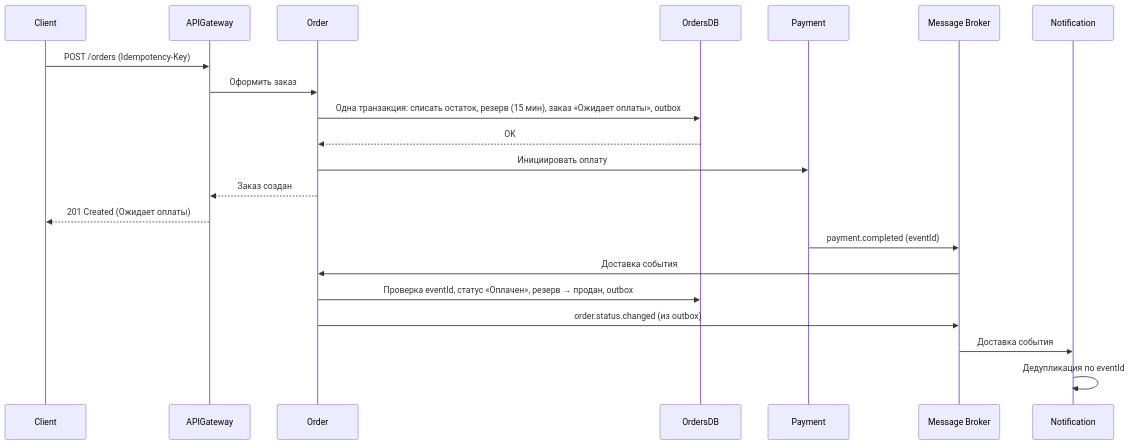
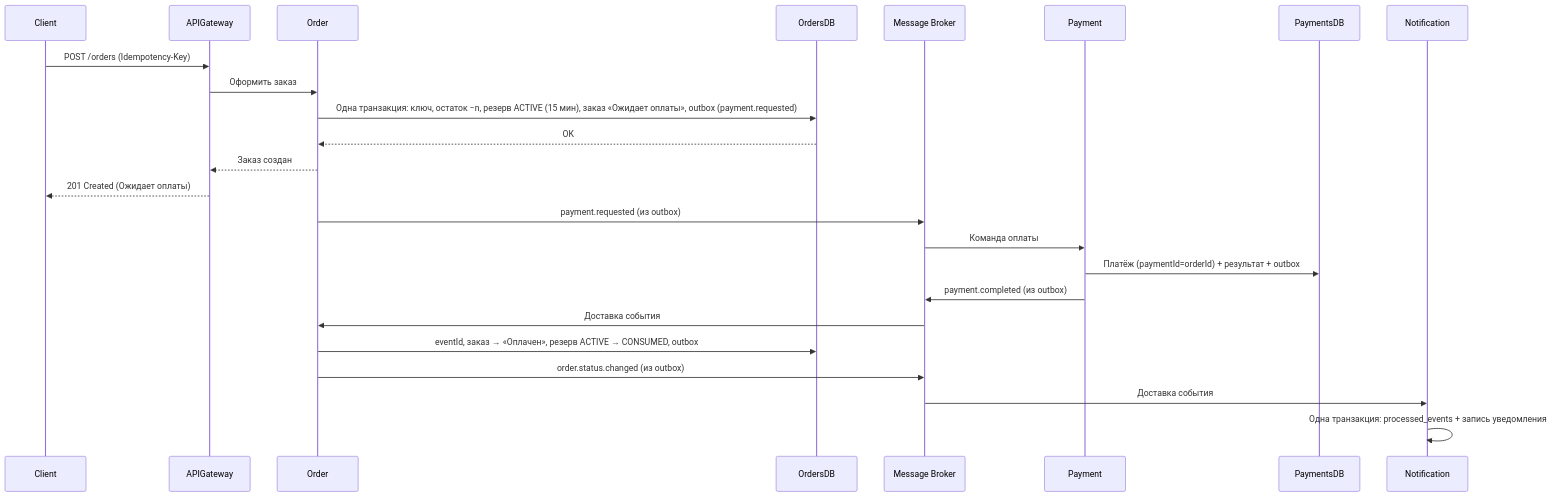
One commit to spbu-ds-practicum-2026/good_question changed the fourth of 10 diagrams in docs/tr.md. Above: the diagram before and after it, drawn with Mermaid. The commit also changed other lines of this file, not shown here.

````diff
--- a/docs/tr.md
+++ b/docs/tr.md
@@ -257,24 +331,27 @@
 ```mermaid
 sequenceDiagram
   participant Client
   participant APIGateway
   participant Order
   participant OrdersDB
+  participant Broker as Message Broker
   participant Payment
-  participant Broker as Message Broker
+  participant PaymentsDB
   participant Notify as Notification
 
   Client->>APIGateway: POST /orders (Idempotency-Key)
   APIGateway->>Order: Оформить заказ
-  Order->>OrdersDB: Одна транзакция: списать остаток, резерв (15 мин), заказ «Ожидает оплаты», outbox
+  Order->>OrdersDB: Одна транзакция: ключ, остаток −n, резерв ACTIVE (15 мин), заказ «Ожидает оплаты», outbox (payment.requested)
   OrdersDB-->>Order: OK
-  Order->>Payment: Инициировать оплату
   Order-->>APIGateway: Заказ создан
   APIGateway-->>Client: 201 Created (Ожидает оплаты)
-  Payment->>Broker: payment.completed (eventId)
+  Order->>Broker: payment.requested (из outbox)
+  Broker->>Payment: Команда оплаты
+  Payment->>PaymentsDB: Платёж (paymentId=orderId) + результат + outbox
+  Payment->>Broker: payment.completed (из outbox)
   Broker->>Order: Доставка события
-  Order->>OrdersDB: Проверка eventId, статус «Оплачен», резерв → продан, outbox
+  Order->>OrdersDB: eventId, заказ → «Оплачен», резерв ACTIVE → CONSUMED, outbox
   Order->>Broker: order.status.changed (из outbox)
   Broker->>Notify: Доставка события
-  Notify->>Notify: Дедупликация по eventId
+  Notify->>Notify: Одна транзакция: processed_events + запись уведомления
 ```
````
